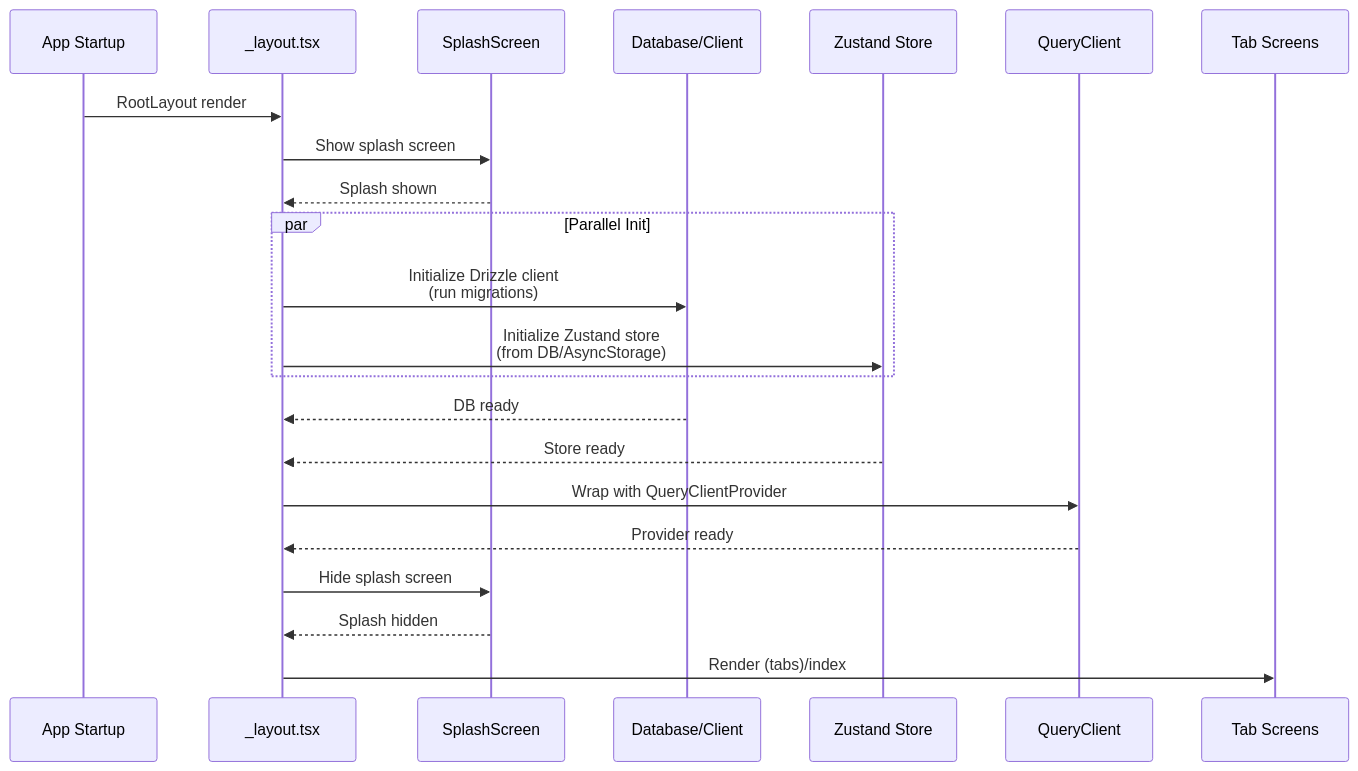
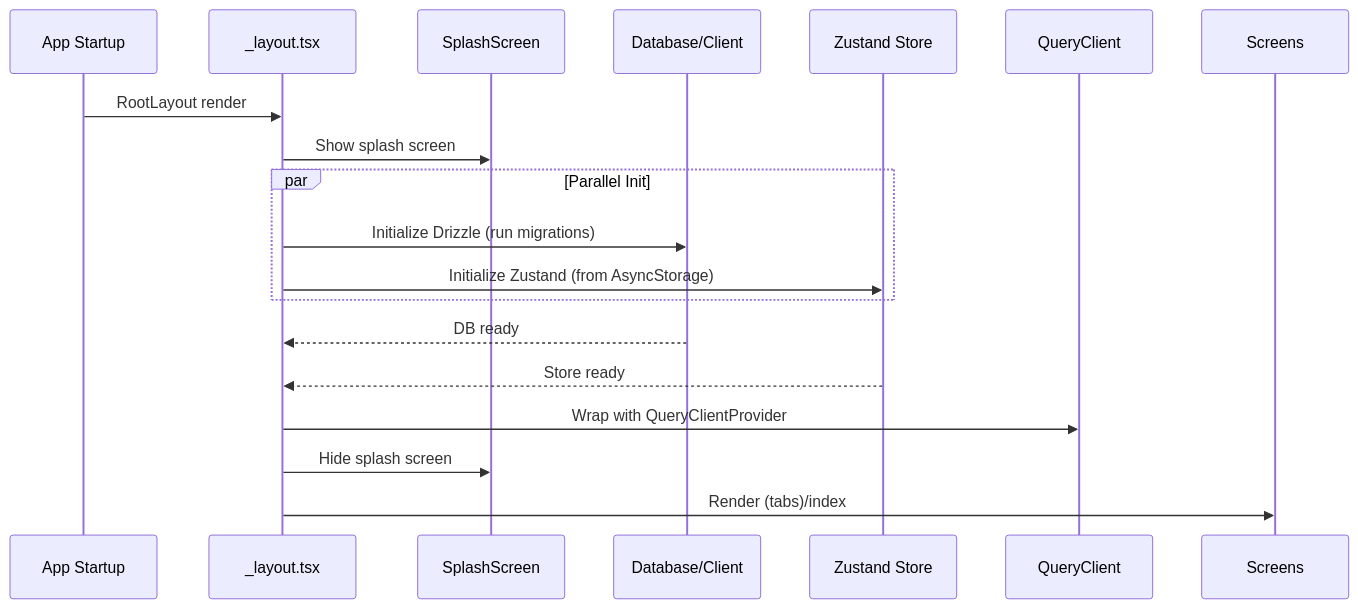
Before and after one commit to tomada1114/expo-quick-kit: the second of 2 diagrams in .kiro/specs/custom-boilerplate/design.md, drawn with Mermaid. The commit also changed other lines of this file and 1 other file, not shown here.

````diff
--- a/.kiro/specs/custom-boilerplate/design.md
+++ b/.kiro/specs/custom-boilerplate/design.md
@@ -131,25 +70,21 @@
 ```mermaid
 sequenceDiagram
     participant App as App Startup
     participant Layout as _layout.tsx
     participant Splash as SplashScreen
     participant DB as Database/Client
     participant Store as Zustand Store
     participant Query as QueryClient
-    participant Screens as Tab Screens
 
     App->>Layout: RootLayout render
     Layout->>Splash: Show splash screen
-    Splash-->>Layout: Splash shown
     par Parallel Init
-        Layout->>DB: Initialize Drizzle client<br/>(run migrations)
-        Layout->>Store: Initialize Zustand store<br/>(from DB/AsyncStorage)
+        Layout->>DB: Initialize Drizzle (run migrations)
+        Layout->>Store: Initialize Zustand (from AsyncStorage)
     end
     DB-->>Layout: DB ready
     Store-->>Layout: Store ready
     Layout->>Query: Wrap with QueryClientProvider
-    Query-->>Layout: Provider ready
     Layout->>Splash: Hide splash screen
-    Splash-->>Layout: Splash hidden
     Layout->>Screens: Render (tabs)/index
 ```
````
